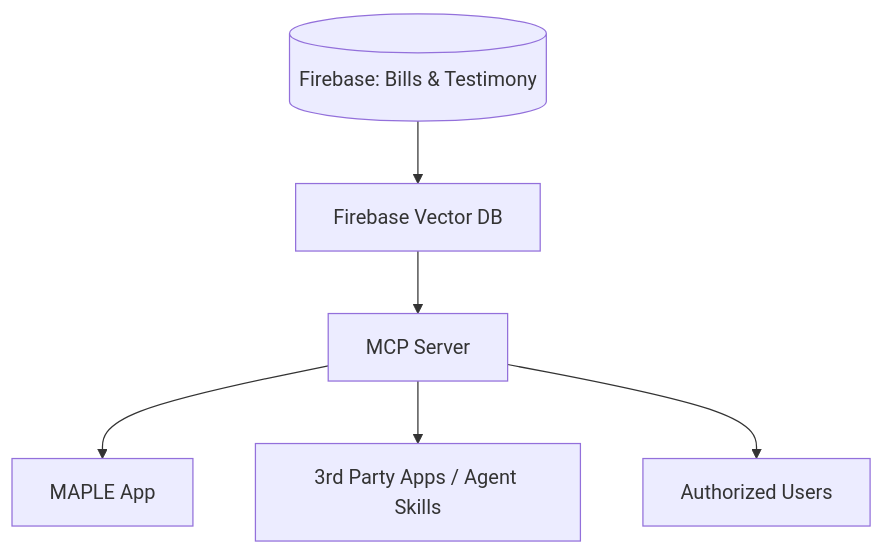
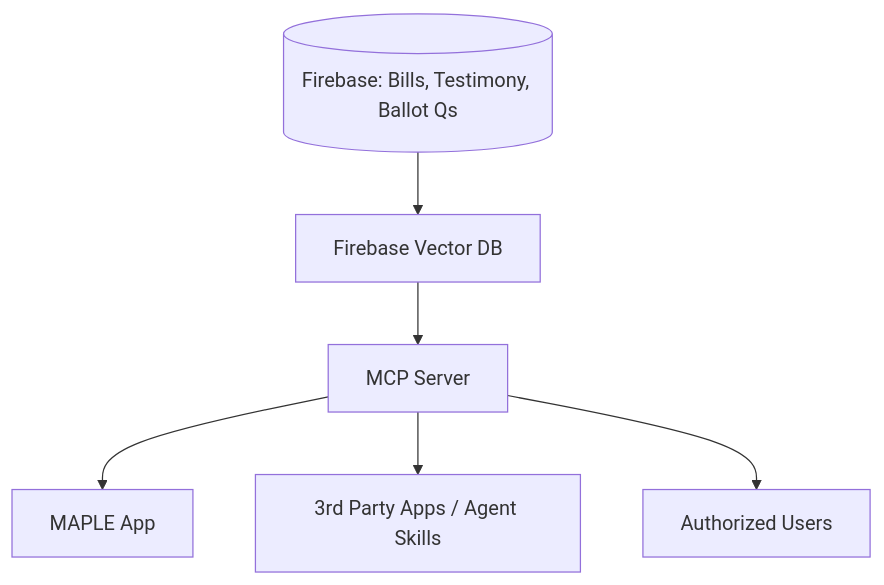
The diagram in mcp-server/implementation_plan.md (codeforboston/maple), drawn with Mermaid before and after one commit. The commit also changed other lines of this file, not shown here.

Commit message:
reflect ballot qs

````diff
--- a/mcp-server/implementation_plan.md
+++ b/mcp-server/implementation_plan.md
@@ -11,8 +11,8 @@
 ```mermaid
 graph TD
-    FB[(Firebase: Bills & Testimony)] --> FV[Firebase Vector DB]
+    FB[(Firebase: Bills, Testimony, Ballot Qs)] --> FV[Firebase Vector DB]
     FV --> MCP[MCP Server]
     MCP --> M1[MAPLE App]
     MCP --> M2[3rd Party Apps / Agent Skills]
     MCP --> M3[Authorized Users]
 ```
````
